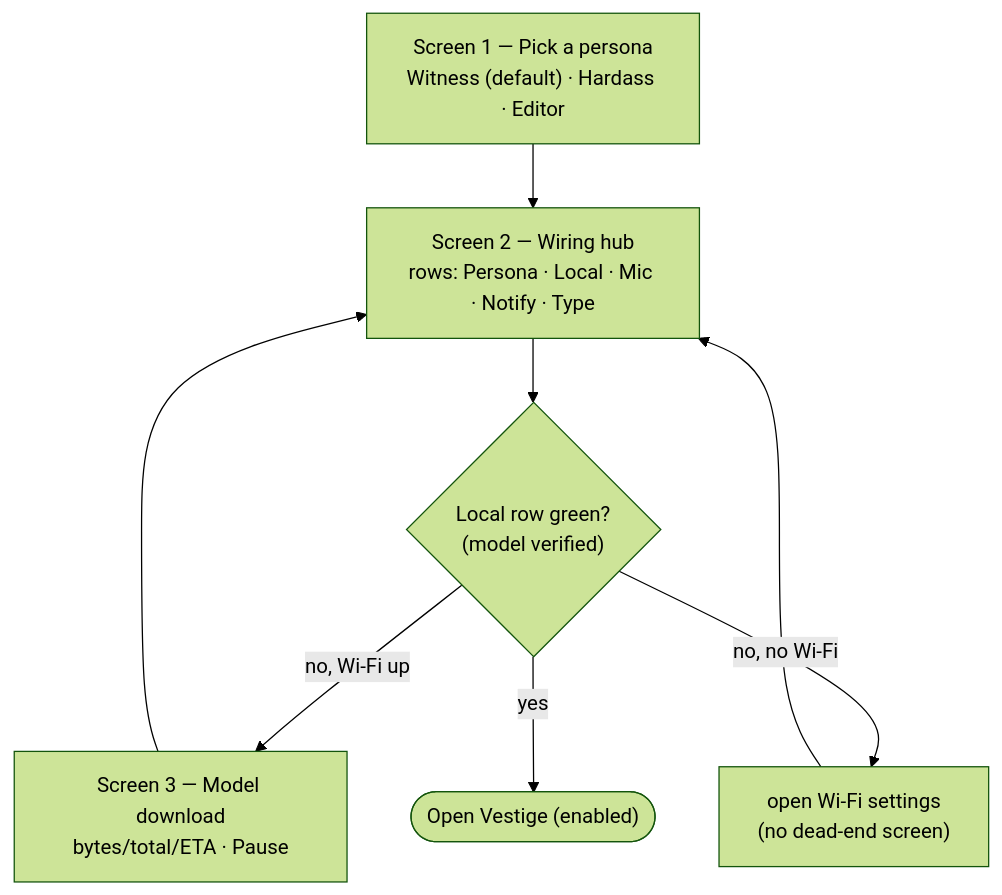
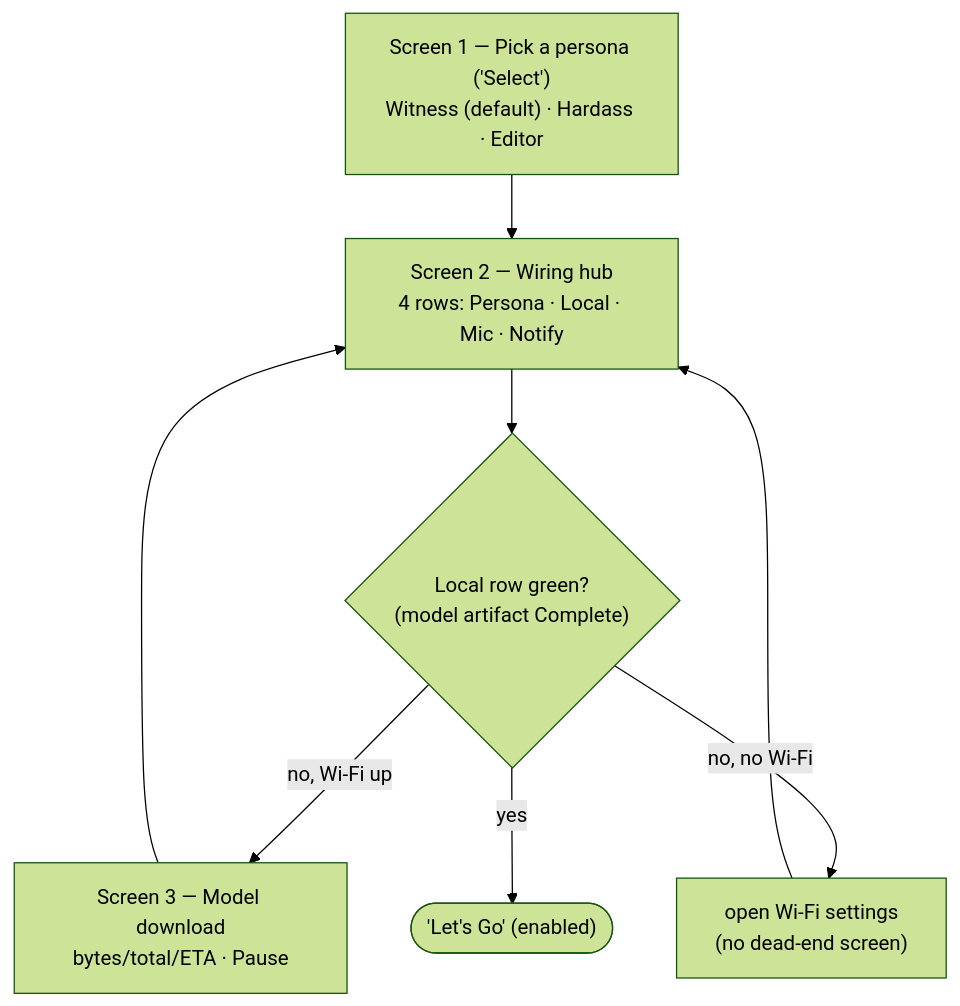
The first of 6 diagrams in docs/diagrams/user-flows.md (anchildress1/vestige), drawn with Mermaid (forest theme) before and after one commit. The commit also changed other lines of this file and 19 other files, not shown here.

First line of the commit message:
docs: align diagram atlas, stories, README & spec docs to implementation (#62)

````diff
--- a/docs/diagrams/user-flows.md
+++ b/docs/diagrams/user-flows.md
@@ -14,14 +16,14 @@
 ```mermaid
 flowchart TD
     accTitle: Onboarding three-screen hub flow
-    accDescr: Screen one picks a persona. Screen two is a wiring hub with Persona, Local, Mic, Notify, and Type rows; only the Local row gates entry. If the model is not present the user goes to Screen three to download it, then auto-returns to the hub. Open Vestige is enabled only when the Local row is green.
+    accDescr: Screen one picks a persona and its button is Select. Screen two is a wiring hub with four rows, Persona, Local, Mic, and Notify; only the Local row gates entry. If the model is not present the user goes to Screen three to download it, then auto-returns to the hub. The Let's Go button is enabled only when the Local row is green.
 
-    S1["Screen 1 — Pick a persona<br/>Witness (default) · Hardass · Editor"] --> S2
-    S2["Screen 2 — Wiring hub<br/>rows: Persona · Local · Mic · Notify · Type"]
-    S2 --> LOCAL{"Local row green?<br/>(model verified)"}
+    S1["Screen 1 — Pick a persona ('Select')<br/>Witness (default) · Hardass · Editor"] --> S2
+    S2["Screen 2 — Wiring hub<br/>4 rows: Persona · Local · Mic · Notify"]
+    S2 --> LOCAL{"Local row green?<br/>(model artifact Complete)"}
     LOCAL -- no, Wi-Fi up --> S3["Screen 3 — Model download<br/>bytes/total/ETA · Pause"]
     LOCAL -- no, no Wi-Fi --> WIFI["open Wi-Fi settings<br/>(no dead-end screen)"]
     WIFI --> S2
     S3 --> S2
-    LOCAL -- yes --> OPEN(["Open Vestige (enabled)"])
+    LOCAL -- yes --> OPEN(["'Let's Go' (enabled)"])
 ```
````
